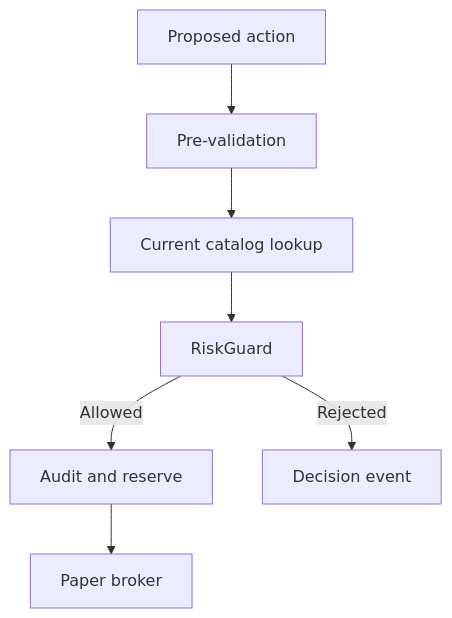
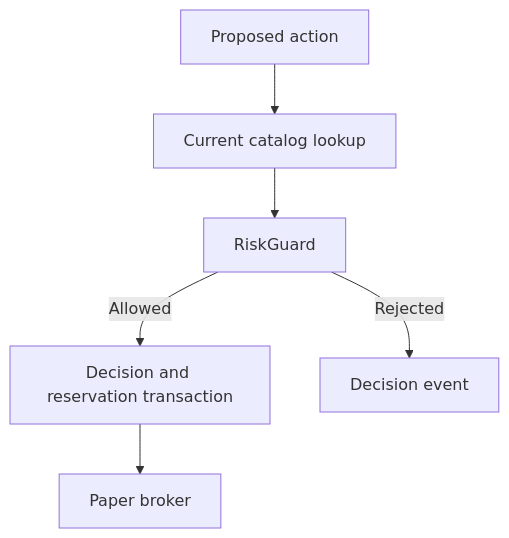
The diagram in .lode/trading/risk-guardrails.md (xakpc/Alpaca.NoIdea), drawn with Mermaid before and after one commit. The commit also changed other lines of this file and 92 other files, not shown here.

````diff
--- a/.lode/trading/risk-guardrails.md
+++ b/.lode/trading/risk-guardrails.md
@@ -6,9 +6,8 @@
 ```mermaid
 flowchart TD
-    A[Proposed action] --> V[Pre-validation]
-    V --> C[Current catalog lookup]
+    A[Proposed action] --> C[Current catalog lookup]
     C --> R[RiskGuard]
-    R -->|Allowed| D[Audit and reserve]
+    R -->|Allowed| D[Decision and reservation transaction]
     D --> B[Paper broker]
     R -->|Rejected| E[Decision event]
 ```
````
